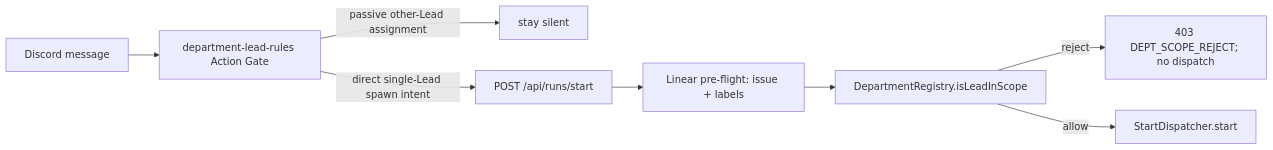
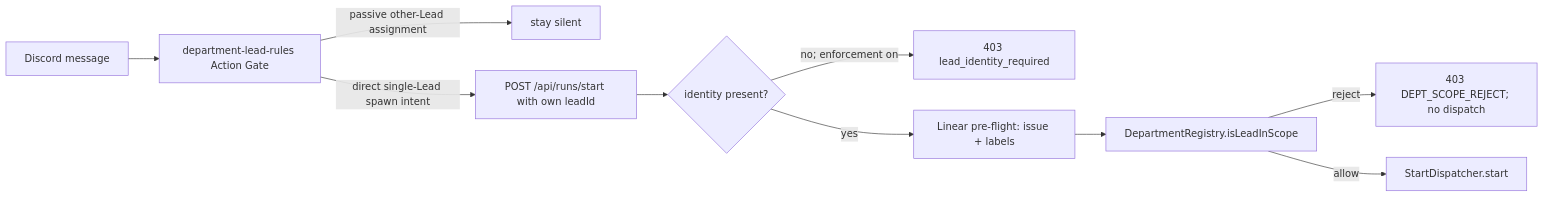
The diagram in engineering/doc/FLY-127-department-scope-spawn/research.md (xrliAnnie/flywheel-qa-sandbox), drawn with Mermaid before and after one commit. The commit also changed other lines of this file and 3 other files, not shown here.

````diff
--- a/engineering/doc/FLY-127-department-scope-spawn/research.md
+++ b/engineering/doc/FLY-127-department-scope-spawn/research.md
@@ -10,10 +10,12 @@
 ```mermaid
 flowchart LR
     M[Discord message] --> R[department-lead-rules Action Gate]
     R -->|passive other-Lead assignment| S[stay silent]
-    R -->|direct single-Lead spawn intent| H[POST /api/runs/start]
-    H --> P[Linear pre-flight: issue + labels]
+    R -->|direct single-Lead spawn intent| H[POST /api/runs/start with own leadId]
+    H --> I{identity present?}
+    I -->|no; enforcement on| X[403 lead_identity_required]
+    I -->|yes| P[Linear pre-flight: issue + labels]
     P --> D[DepartmentRegistry.isLeadInScope]
-    D -->|reject| X[403 DEPT_SCOPE_REJECT; no dispatch]
+    D -->|reject| Y[403 DEPT_SCOPE_REJECT; no dispatch]
     D -->|allow| A[StartDispatcher.start]
 ```
````
